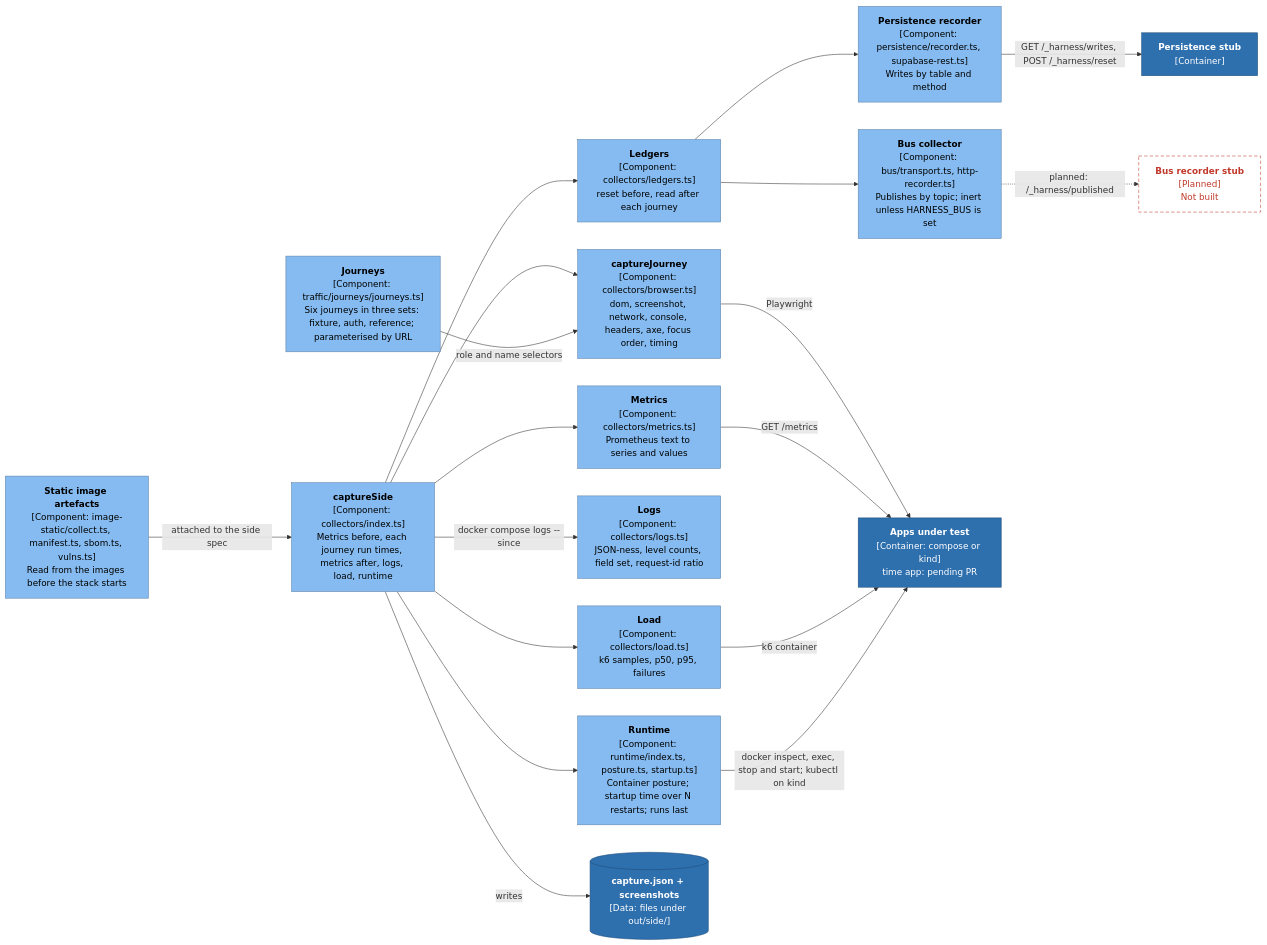
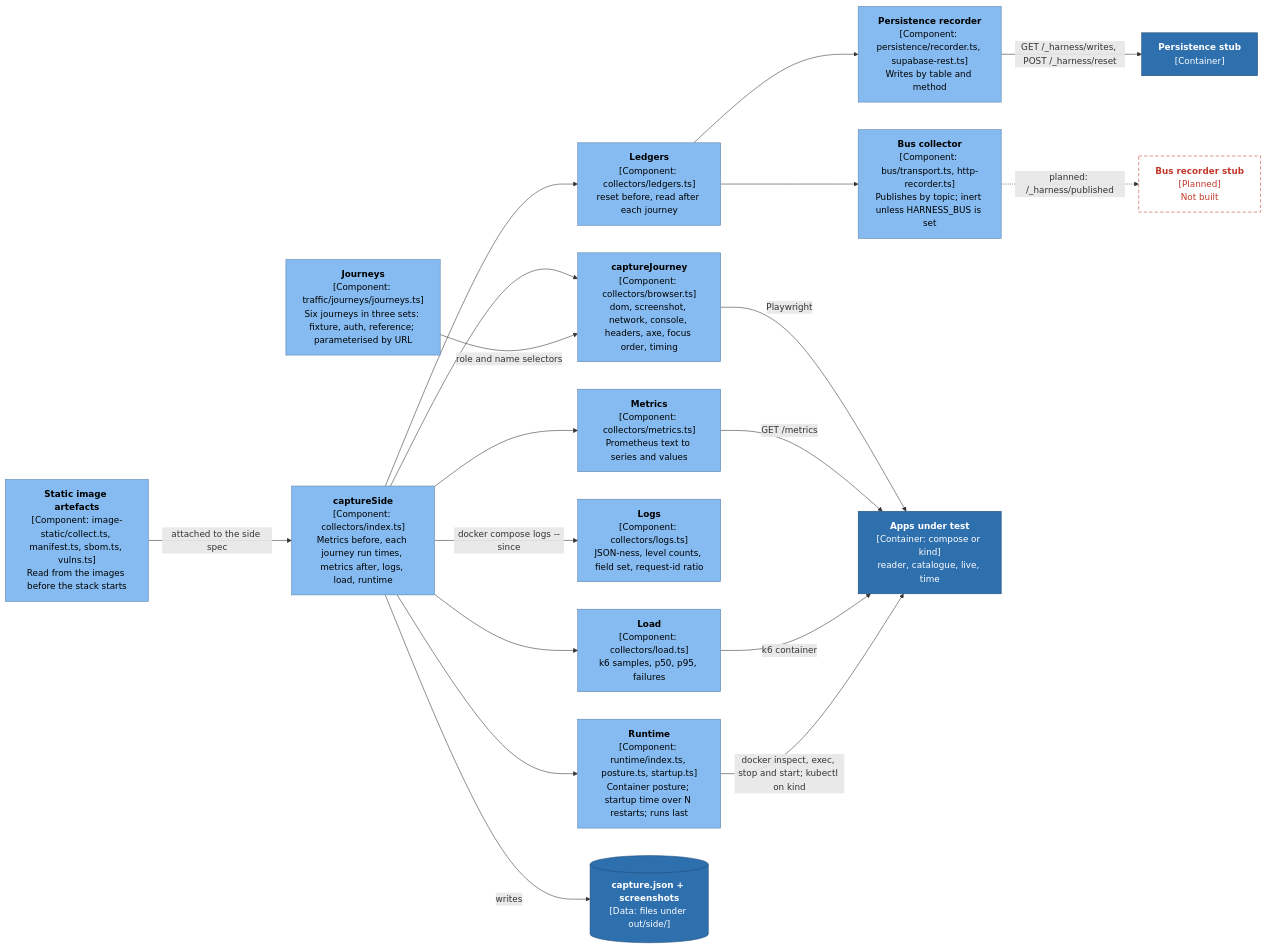
Before and after one commit to tutors-sdk/tutors-release-harness: the second of 5 diagrams in docs/architecture/03-components-pipeline.md, drawn with Mermaid. The commit also changed other lines of this file and 6 other files, not shown here.

First line of the commit message:
Architecture docs: bring the C4 set up to harness 1.4.1 and the merged monorepo work

````diff
--- a/docs/architecture/03-components-pipeline.md
+++ b/docs/architecture/03-components-pipeline.md
@@ -85,42 +117,42 @@
 ```mermaid
 flowchart LR
   journeys["<b>Journeys</b><br/>[Component: traffic/journeys/journeys.ts]<br/>Six journeys in three sets: fixture, auth, reference; parameterised by URL"]:::component
   cs["<b>captureSide</b><br/>[Component: collectors/index.ts]<br/>Metrics before, each journey run times, metrics after, logs, load, runtime"]:::component
   br["<b>captureJourney</b><br/>[Component: collectors/browser.ts]<br/>dom, screenshot, network, console, headers, axe, focus order, timing"]:::component
   led["<b>Ledgers</b><br/>[Component: collectors/ledgers.ts]<br/>reset before, read after each journey"]:::component
   pers["<b>Persistence recorder</b><br/>[Component: persistence/recorder.ts, supabase-rest.ts]<br/>Writes by table and method"]:::component
   bus["<b>Bus collector</b><br/>[Component: bus/transport.ts, http-recorder.ts]<br/>Publishes by topic; inert unless HARNESS_BUS is set"]:::component
   met["<b>Metrics</b><br/>[Component: collectors/metrics.ts]<br/>Prometheus text to series and values"]:::component
   logs["<b>Logs</b><br/>[Component: collectors/logs.ts]<br/>JSON-ness, level counts, field set, request-id ratio"]:::component
   load["<b>Load</b><br/>[Component: collectors/load.ts]<br/>k6 samples, p50, p95, failures"]:::component
   rt["<b>Runtime</b><br/>[Component: runtime/index.ts, posture.ts, startup.ts]<br/>Container posture; startup time over N restarts; runs last"]:::component
   st["<b>Static image artefacts</b><br/>[Component: image-static/collect.ts, manifest.ts, sbom.ts, vulns.ts]<br/>Read from the images before the stack starts"]:::component
   capf[("<b>capture.json + screenshots</b><br/>[Data: files under out/side/]")]:::store
 
-  apps["<b>Apps under test</b><br/>[Container: compose or kind]<br/>time app: pending PR"]:::container
+  apps["<b>Apps under test</b><br/>[Container: compose or kind]<br/>reader, catalogue, live, time"]:::container
   pstub["<b>Persistence stub</b><br/>[Container]"]:::container
   busx["<b>Bus recorder stub</b><br/>[Planned]<br/>Not built"]:::planned
 
   cs --> br
   journeys -->|"role and name selectors"| br
   br -->|"Playwright"| apps
   cs --> led
   led --> pers
   led --> bus
   pers -->|"GET /_harness/writes, POST /_harness/reset"| pstub
   bus -.->|"planned: /_harness/published"| busx
   cs --> met
   met -->|"GET /metrics"| apps
   cs -->|"docker compose logs --since"| logs
   cs --> load
   load -->|"k6 container"| apps
   cs --> rt
   rt -->|"docker inspect, exec, stop and start; kubectl on kind"| apps
   st -->|"attached to the side spec"| cs
   cs -->|"writes"| capf
 
   classDef component fill:#85bbf0,stroke:#5d82a8,color:#000000
   classDef container fill:#2e6fae,stroke:#1f4d7a,color:#ffffff
   classDef store fill:#2e6fae,stroke:#1f4d7a,color:#ffffff
   classDef planned fill:#ffffff,stroke:#c0392b,color:#c0392b,stroke-dasharray:6 4
 ```
````
